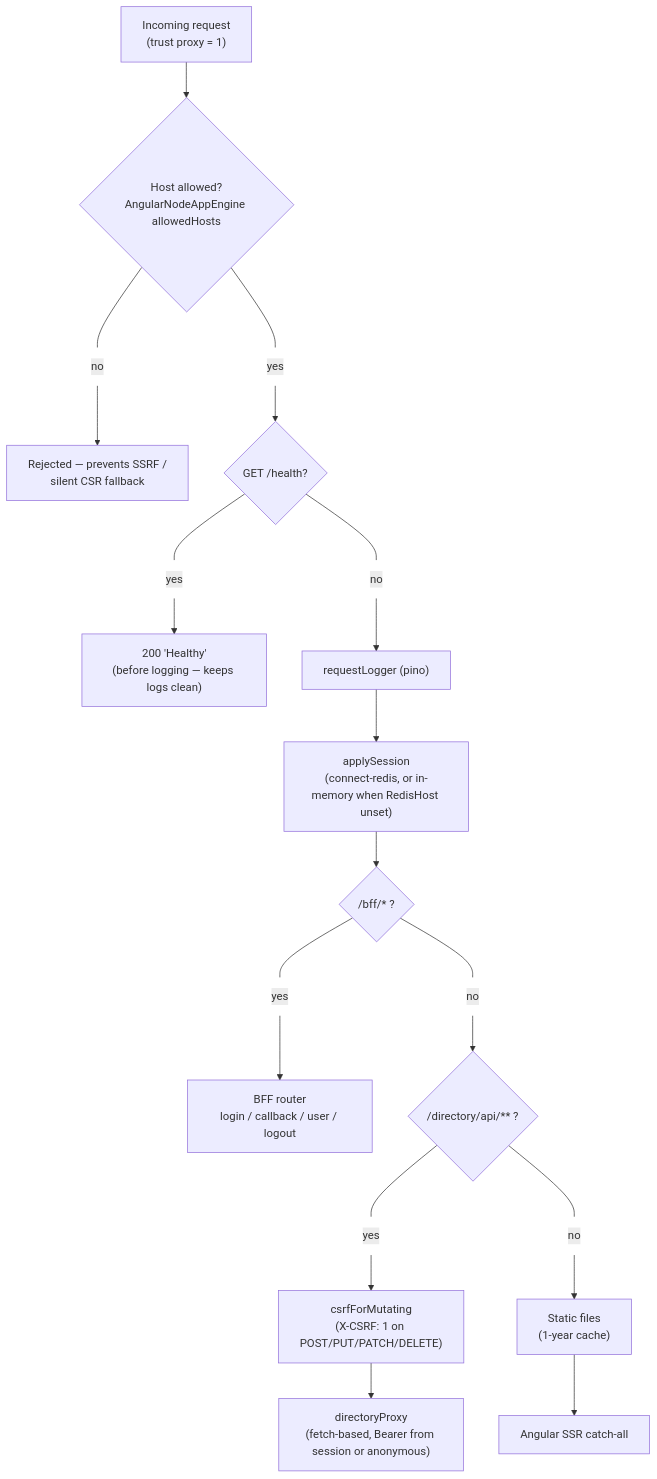
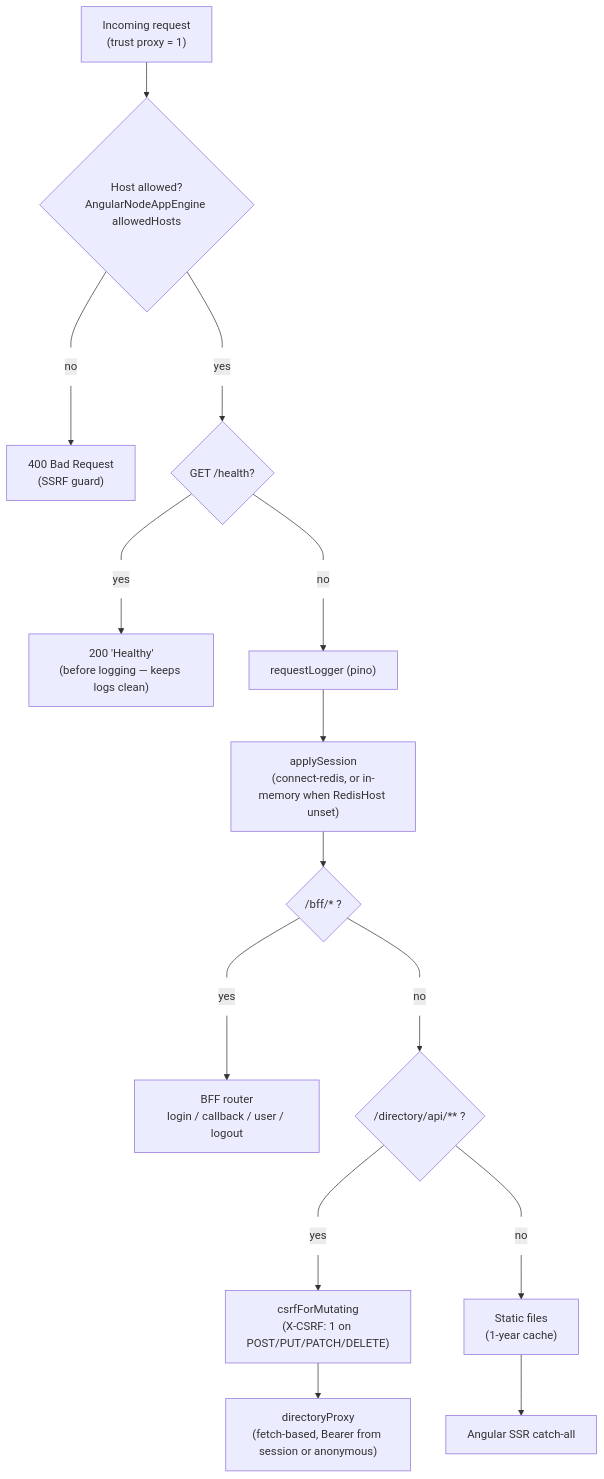
The second of 8 diagrams in ARCHITECTURE.md (crgolden/Churches), drawn with Mermaid before and after one commit. The commit also changed other lines of this file and 1 other file, not shown here.

First line of the commit message:
Correct ARCHITECTURE.md and README.md against installed @angular/ssr behaviour

````diff
--- a/ARCHITECTURE.md
+++ b/ARCHITECTURE.md
@@ -84,19 +84,19 @@
 ```mermaid
 flowchart TD
     A["Incoming request<br/>(trust proxy = 1)"] --> B{"Host allowed?<br/>AngularNodeAppEngine allowedHosts"}
-    B --- BN["no"] --> B1["Rejected — prevents SSRF /<br/>silent CSR fallback"]
+    B --- BN["no"] --> B1["400 Bad Request<br/>(SSRF guard)"]
     B --- BY["yes"] --> C{"GET /health?"}
     C --- CY["yes"] --> C1["200 'Healthy'<br/>(before logging — keeps logs clean)"]
     C --- CN["no"] --> D["requestLogger (pino)"]
     D --> E["applySession<br/>(connect-redis, or in-memory when RedisHost unset)"]
     E --> F{"/bff/* ?"}
     F --- FY["yes"] --> F1["BFF router<br/>login / callback / user / logout"]
     F --- FN["no"] --> G{"/directory/api/** ?"}
     G --- GY["yes"] --> H["csrfForMutating<br/>(X-CSRF: 1 on POST/PUT/PATCH/DELETE)"]
     H --> I["directoryProxy<br/>(fetch-based, Bearer from session or anonymous)"]
     G --- GN["no"] --> J["Static files<br/>(1-year cache)"]
     J --> K["Angular SSR catch-all"]
 
     classDef edgeLabel fill:none,stroke:none
     class BN,BY,CY,CN,FY,FN,GY,GN edgeLabel
 ```
````
